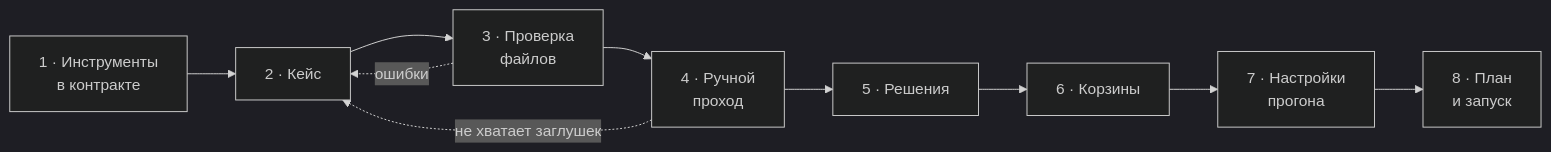
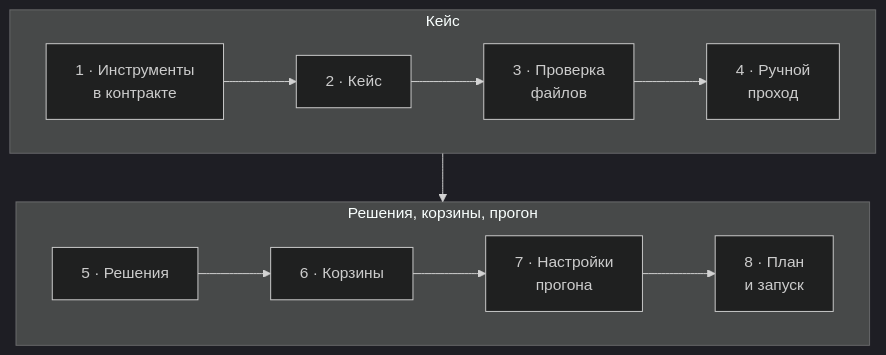
Before and after one commit to Arrogant-zz/cg: the third of 3 diagrams in docs/guide/README.md, drawn with Mermaid (dark theme). The commit also changed other lines of this file and 5 other files, not shown here.

````diff
--- a/docs/guide/README.md
+++ b/docs/guide/README.md
@@ -87,7 +87,12 @@
 ```mermaid
-flowchart LR
-  a["1 · Инструменты<br/>в контракте"] --> b["2 · Кейс"] --> c["3 · Проверка<br/>файлов"] --> d["4 · Ручной<br/>проход"]
-  d --> e["5 · Решения"] --> f["6 · Корзины"] --> g["7 · Настройки<br/>прогона"] --> h["8 · План<br/>и запуск"]
-  c -. "ошибки" .-> b
-  d -. "не хватает заглушек" .-> b
+flowchart TB
+  subgraph p1["Кейс"]
+    direction LR
+    a["1 · Инструменты<br/>в контракте"] --> b["2 · Кейс"] --> c["3 · Проверка<br/>файлов"] --> d["4 · Ручной<br/>проход"]
+  end
+  subgraph p2["Решения, корзины, прогон"]
+    direction LR
+    e["5 · Решения"] --> f["6 · Корзины"] --> g["7 · Настройки<br/>прогона"] --> h["8 · План<br/>и запуск"]
+  end
+  p1 --> p2
 ```
````
